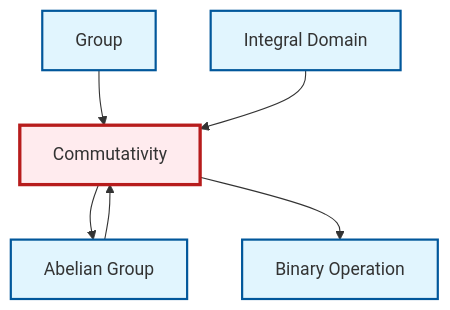
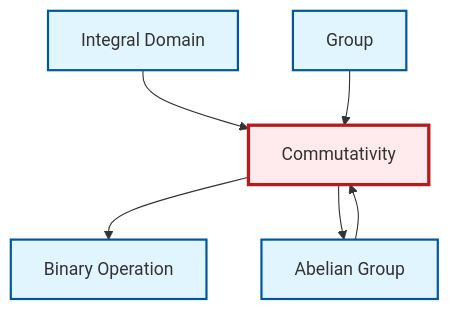
One commit to RK0429/ModernMath changed the diagram in output/mermaid/en/def-commutativity.mermaid. Above: the diagram before and after it, drawn with Mermaid. The commit also changed other lines of this file and 1719 other files, not shown here.

```diff
--- a/output/mermaid/en/def-commutativity.mermaid
+++ b/output/mermaid/en/def-commutativity.mermaid
@@ -1,17 +1,17 @@
 graph TD
     classDef definition fill:#e1f5fe,stroke:#01579b,stroke-width:2px
     classDef theorem fill:#f3e5f5,stroke:#4a148c,stroke-width:2px
     classDef axiom fill:#fff3e0,stroke:#e65100,stroke-width:2px
     classDef example fill:#e8f5e9,stroke:#1b5e20,stroke-width:2px
     classDef current fill:#ffebee,stroke:#b71c1c,stroke-width:3px
-    def-commutativity["Commutativity"]:::definition
     def-group["Group"]:::definition
     def-binary-operation["Binary Operation"]:::definition
+    def-integral-domain["Integral Domain"]:::definition
+    def-commutativity["Commutativity"]:::definition
     def-abelian-group["Abelian Group"]:::definition
-    def-integral-domain["Integral Domain"]:::definition
+    def-integral-domain --> def-commutativity
+    def-commutativity --> def-binary-operation
+    def-commutativity --> def-abelian-group
     def-abelian-group --> def-commutativity
     def-group --> def-commutativity
-    def-integral-domain --> def-commutativity
-    def-commutativity --> def-abelian-group
-    def-commutativity --> def-binary-operation
     class def-commutativity current
```
